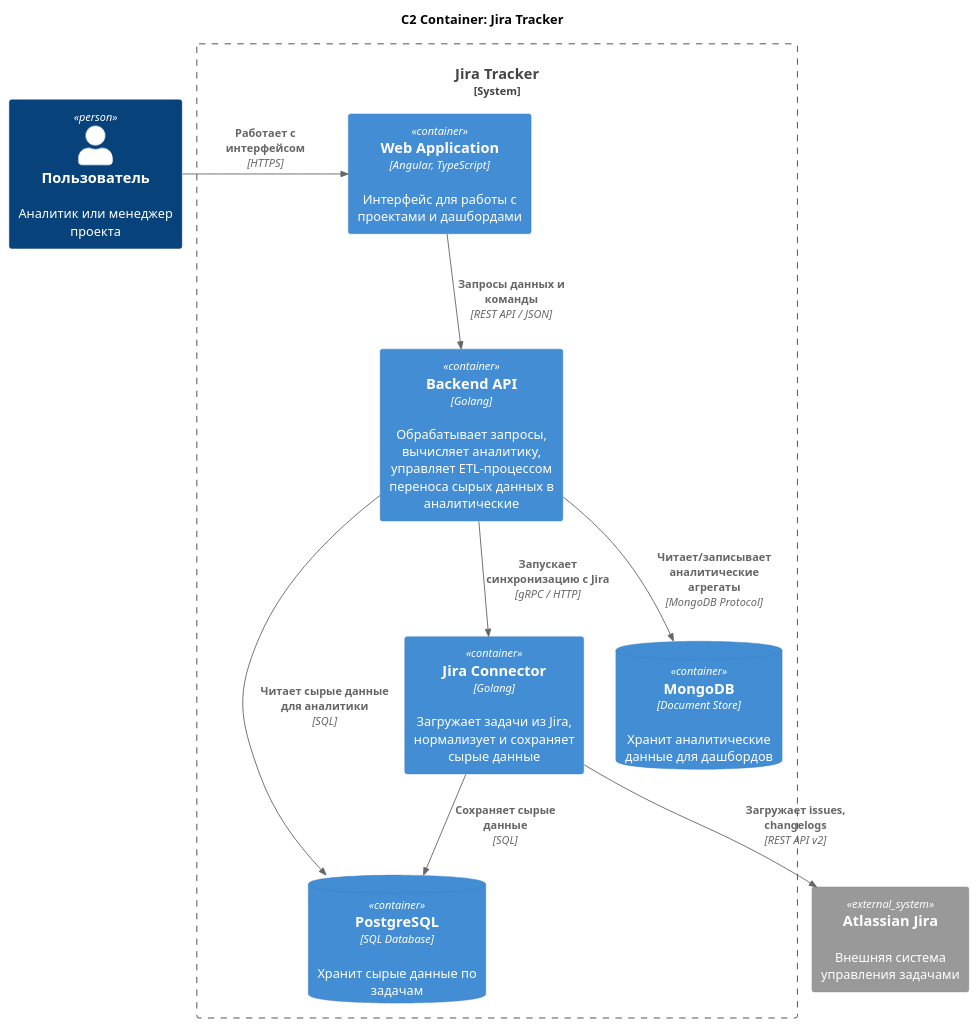
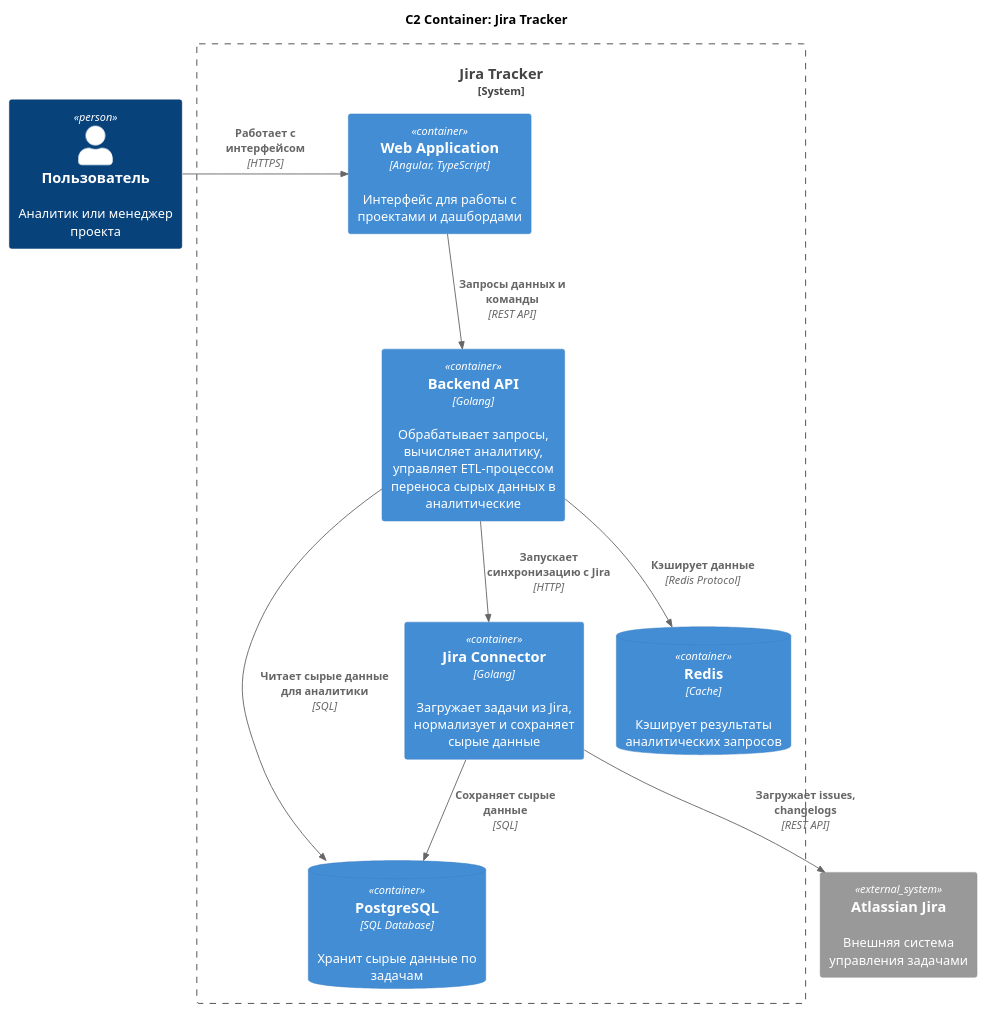
The diagram in German/C2/scheme.puml (Go-Yadro-Group-1/docs), drawn with PlantUML before and after one commit. The commit also changed 1 other file, not shown here.

Commit message:
Изменил Mongo на Redis для легковесности и работы с любыми данными

```diff
--- a/German/C2/scheme.puml
+++ b/German/C2/scheme.puml
@@ -1,32 +1,32 @@
 @startuml
 !include https://raw.githubusercontent.com/plantuml-stdlib/C4-PlantUML/master/C4_Container.puml
 
 title C2 Container: Jira Tracker
 
 Person(user, "Пользователь", "Аналитик или менеджер проекта")
 
 System_Boundary(tracker, "Jira Tracker") {
     Container(webapp, "Web Application", "Angular, TypeScript", "Интерфейс для работы с проектами и дашбордами")
 
     Container(backend, "Backend API", "Golang", "Обрабатывает запросы, вычисляет аналитику, управляет ETL-процессом переноса сырых данных в аналитические")
 
     Container(connector, "Jira Connector", "Golang", "Загружает задачи из Jira, нормализует и сохраняет сырые данные")
 
     ContainerDb(postgres, "PostgreSQL", "SQL Database", "Хранит сырые данные по задачам")
 
-    ContainerDb(mongo, "MongoDB", "Document Store", "Хранит аналитические данные для дашбордов")
+    ContainerDb(mongo, "Redis", "Cache", "Кэширует результаты аналитических запросов")
 }
 
 System_Ext(jira, "Atlassian Jira", "Внешняя система управления задачами")
 
 Rel_R(user, webapp, "Работает с интерфейсом", "HTTPS")
-Rel(webapp, backend, "Запросы данных и команды", "REST API / JSON")
+Rel(webapp, backend, "Запросы данных и команды", "REST API")
 
-Rel(backend, connector, "Запускает синхронизацию с Jira", "gRPC / HTTP")
+Rel(backend, connector, "Запускает синхронизацию с Jira", "HTTP")
 Rel(backend, postgres, "Читает сырые данные для аналитики", "SQL")
-Rel(backend, mongo, "Читает/записывает аналитические агрегаты", "MongoDB Protocol")
+Rel(backend, mongo, "Кэширует данные", "Redis Protocol")
 
-Rel(connector, jira, "Загружает issues, changelogs", "REST API v2")
+Rel(connector, jira, "Загружает issues, changelogs", "REST API")
 Rel(connector, postgres, "Сохраняет сырые данные", "SQL")
 
 @enduml
```
